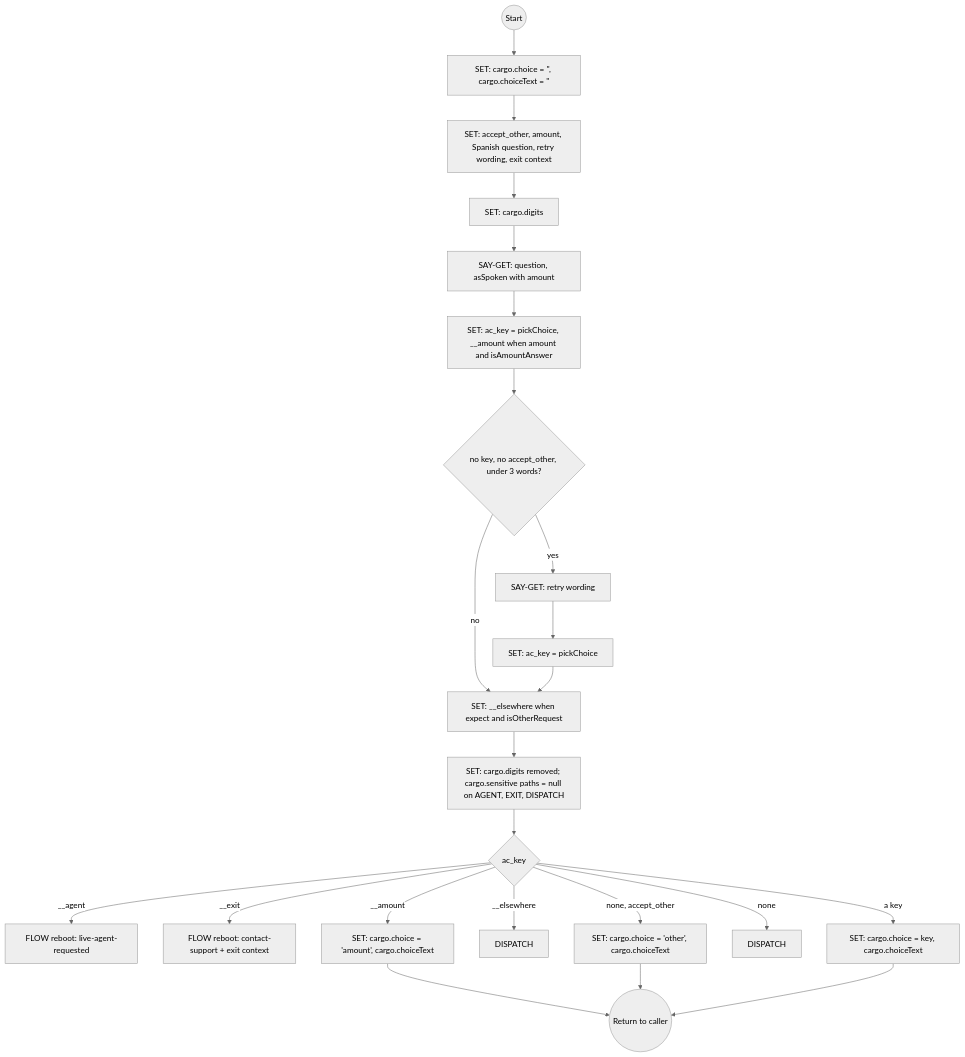
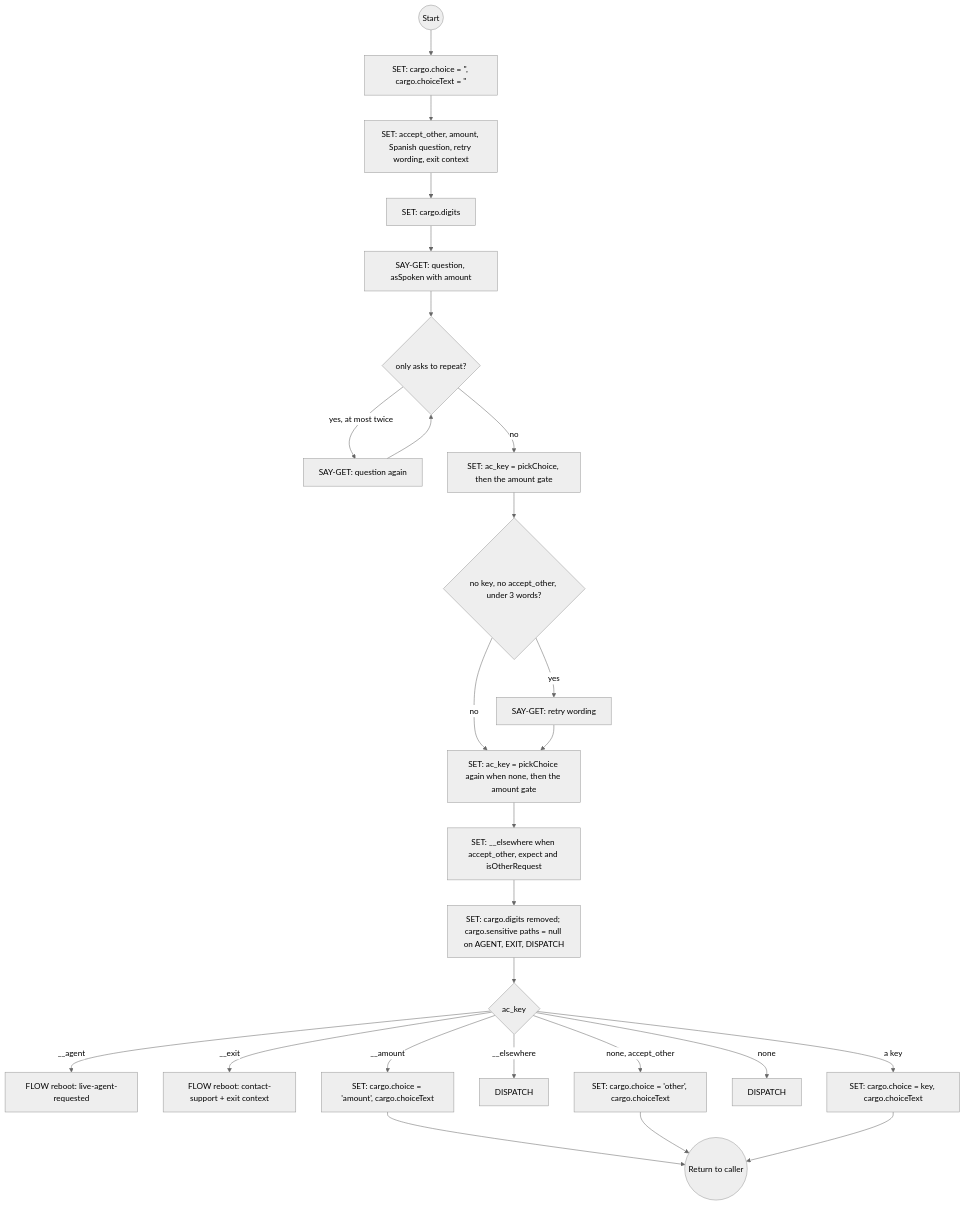
Diagram 18 of 22 in docs/system-flows.md (ronpinkas/jsfe), drawn with Mermaid (neutral theme) before and after one commit. The commit also changed other lines of this file and 1 other file, not shown here.

First line of the commit message:
docs/system-flows.md: AskChoice (1.10.1), GetCellOrEmail (1.5.2) and AuthenticateUser documented pedantically to the deployed flows and the host matcher (pickChoice: confirm words, acknowledgements, articles, keys, the amount gate, AGENT), with Known gaps lists; flows/system.flows.json synced.

````diff
--- a/docs/system-flows.md
+++ b/docs/system-flows.md
@@ -996,25 +1087,28 @@
 ```mermaid
 graph TD
     start((Start)) --> ac_reset["SET: cargo.choice = '', cargo.choiceText = ''"]
     ac_reset --> defaults[SET: accept_other, amount, Spanish question, retry wording, exit context]
     defaults --> ac_keypad[SET: cargo.digits]
     ac_keypad --> ac_ask[SAY-GET: question, asSpoken with amount]
-    ac_ask --> ac_match["SET: ac_key = pickChoice, __amount when amount and isAmountAnswer"]
+    ac_ask --> repeat{only asks to repeat?}
+    repeat -->|yes, at most twice| ac_repeat[SAY-GET: question again]
+    ac_repeat --> repeat
+    repeat -->|no| ac_match["SET: ac_key = pickChoice, then the amount gate"]
     ac_match --> reask{no key, no accept_other, under 3 words?}
     reask -->|yes| ac_reask[SAY-GET: retry wording]
-    reask -->|no| other_check
-    ac_reask --> ac_match_again[SET: ac_key = pickChoice]
-    ac_match_again --> other_check["SET: __elsewhere when expect and isOtherRequest"]
+    reask -->|no| match_again
+    ac_reask --> match_again["SET: ac_key = pickChoice again when none, then the amount gate"]
+    match_again --> other_check["SET: __elsewhere when accept_other, expect and isOtherRequest"]
     other_check --> keypad_done["SET: cargo.digits removed; cargo.sensitive paths = null on AGENT, EXIT, DISPATCH"]
     keypad_done --> route{ac_key}
     route -->|__agent| ac_agent[FLOW reboot: live-agent-requested]
     route -->|__exit| ac_exit[FLOW reboot: contact-support + exit context]
     route -->|__amount| ac_return_amount["SET: cargo.choice = 'amount', cargo.choiceText"]
     route -->|__elsewhere| ac_elsewhere[DISPATCH]
     route -->|none, accept_other| ac_return_other["SET: cargo.choice = 'other', cargo.choiceText"]
     route -->|none| ac_other_request[DISPATCH]
     route -->|a key| ac_return_choice[SET: cargo.choice = key, cargo.choiceText]
     ac_return_amount --> stop((Return to caller))
     ac_return_other --> stop
     ac_return_choice --> stop
 ```
````
